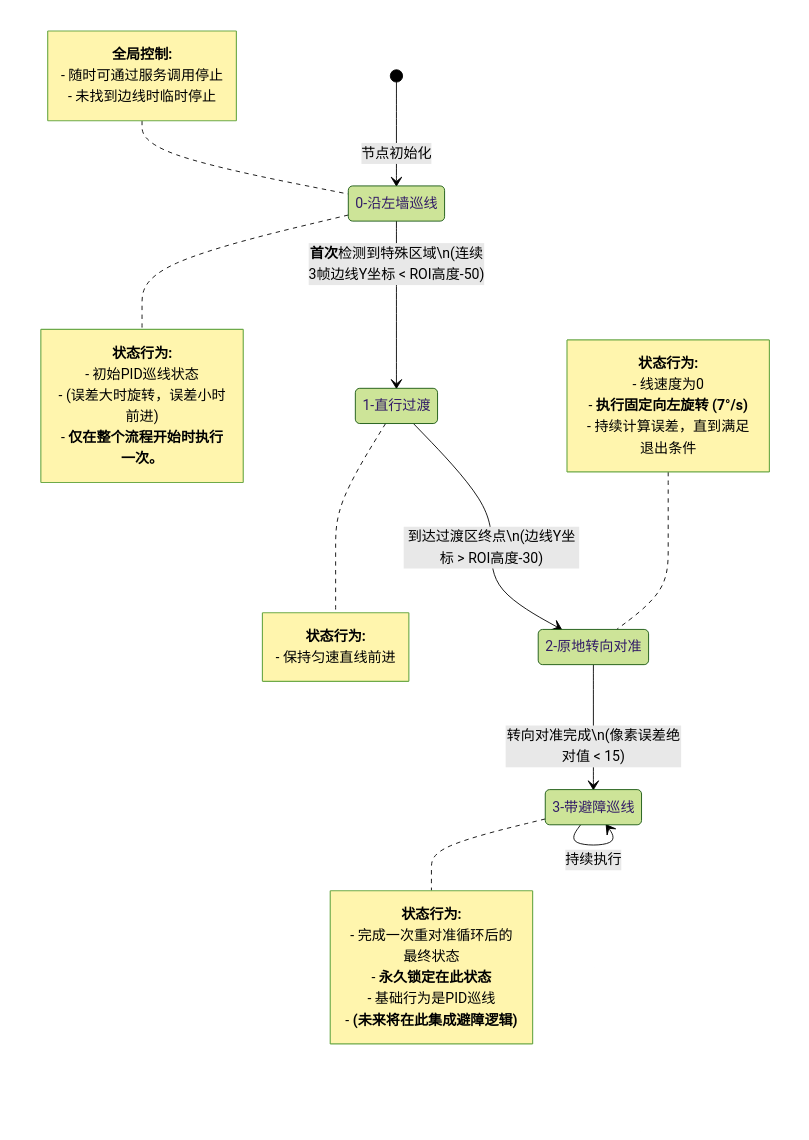
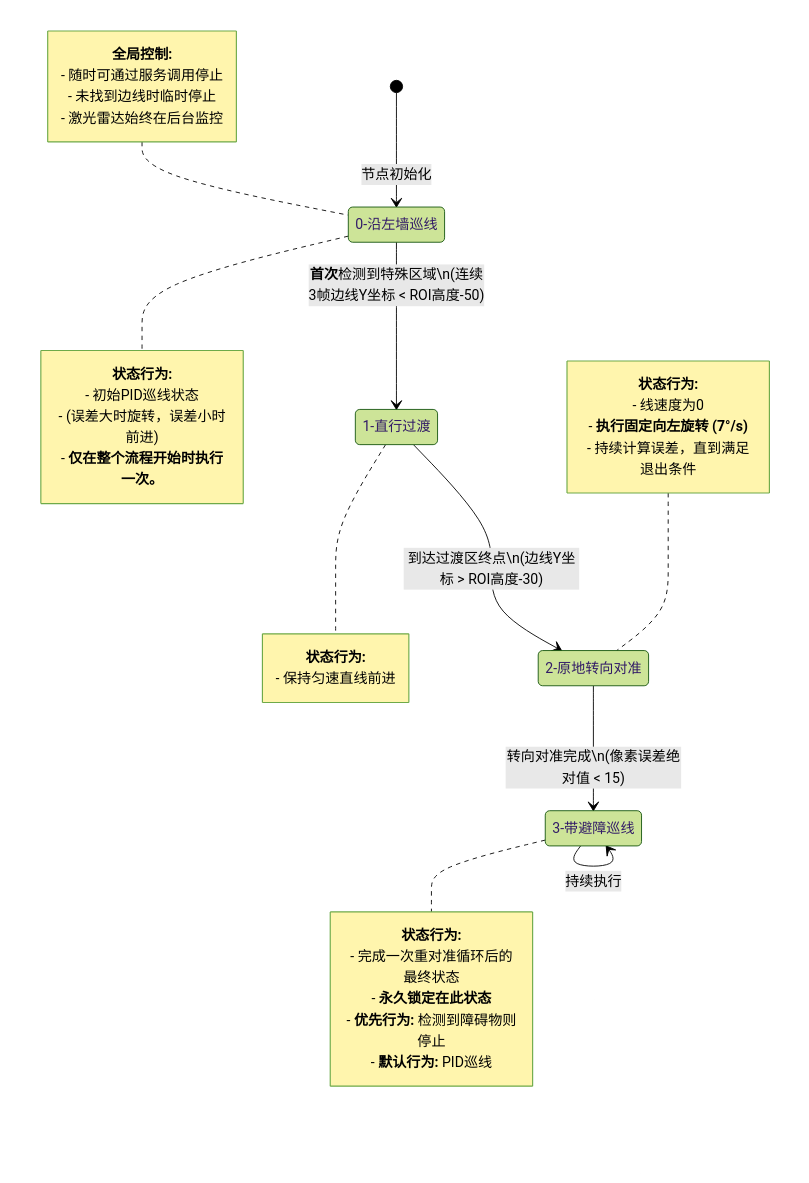
Before and after one commit to Abaabaxx/UCAR-FOLLOW-LINE: the diagram in my_try/八邻域+FTW/mermaid/FTW_left.md, drawn with Mermaid (forest theme).

Commit message:
避障：更新mermaid代码

````diff
--- a/my_try/八邻域+FTW/mermaid/FTW_left.md
+++ b/my_try/八邻域+FTW/mermaid/FTW_left.md
@@ -1,55 +1,56 @@
 ```mermaid
 stateDiagram-v2
     %% 状态定义
     FOLLOW_LEFT: 0-沿左墙巡线
     STRAIGHT_TRANSITION: 1-直行过渡
     ROTATE_ALIGNMENT: 2-原地转向对准
     FOLLOW_LEFT_WITH_AVOIDANCE: 3-带避障巡线
 
     %% 定义初始状态
     [*] --> FOLLOW_LEFT: 节点初始化
 
     %% 状态转换
     FOLLOW_LEFT --> STRAIGHT_TRANSITION: <b>首次</b>检测到特殊区域\n(连续3帧边线Y坐标 < ROI高度-50)
     STRAIGHT_TRANSITION --> ROTATE_ALIGNMENT: 到达过渡区终点\n(边线Y坐标 > ROI高度-30)
     ROTATE_ALIGNMENT --> FOLLOW_LEFT_WITH_AVOIDANCE: 转向对准完成\n(像素误差绝对值 < 15)
     FOLLOW_LEFT_WITH_AVOIDANCE --> FOLLOW_LEFT_WITH_AVOIDANCE: 持续执行
 
     %% 沿墙巡线状态说明
     note right of FOLLOW_LEFT
         <b>状态行为:</b>
         - 初始PID巡线状态
         - (误差大时旋转，误差小时前进)
         - <b>仅在整个流程开始时执行一次。</b>
     end note
 
     %% 直行过渡状态说明
     note right of STRAIGHT_TRANSITION
         <b>状态行为:</b>
         - 保持匀速直线前进
     end note
 
     %% 原地转向对准状态说明
     note left of ROTATE_ALIGNMENT
         <b>状态行为:</b>
         - 线速度为0
         - <b>执行固定向左旋转 (7°/s)</b>
         - 持续计算误差，直到满足退出条件
     end note
 
     %% 带避障巡线状态说明
     note right of FOLLOW_LEFT_WITH_AVOIDANCE
         <b>状态行为:</b>
         - 完成一次重对准循环后的最终状态
         - <b>永久锁定在此状态</b>
-        - 基础行为是PID巡线
-        - <b>(未来将在此集成避障逻辑)</b>
+        - <b>优先行为:</b> 检测到障碍物则停止
+        - <b>默认行为:</b> PID巡线
     end note
 
     %% 全局控制说明
     note left of FOLLOW_LEFT
         <b>全局控制:</b>
         - 随时可通过服务调用停止
         - 未找到边线时临时停止
+        - 激光雷达始终在后台监控
     end note
 ```
````
